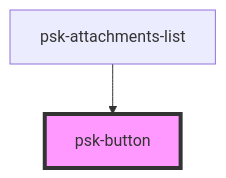
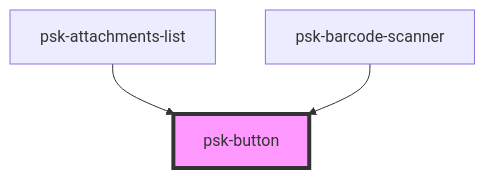
One commit to daniel-visoiu/cardinal changed the diagram in src/components/psk-button/readme.md. Above: the diagram before and after it, drawn with Mermaid. The commit also changed other lines of this file and 3 other files, not shown here.

````diff
--- a/src/components/psk-button/readme.md
+++ b/src/components/psk-button/readme.md
@@ -30,5 +31,6 @@
 ```mermaid
 graph TD;
   psk-attachments-list --> psk-button
+  psk-barcode-scanner --> psk-button
   style psk-button fill:#f9f,stroke:#333,stroke-width:4px
 ```
````
